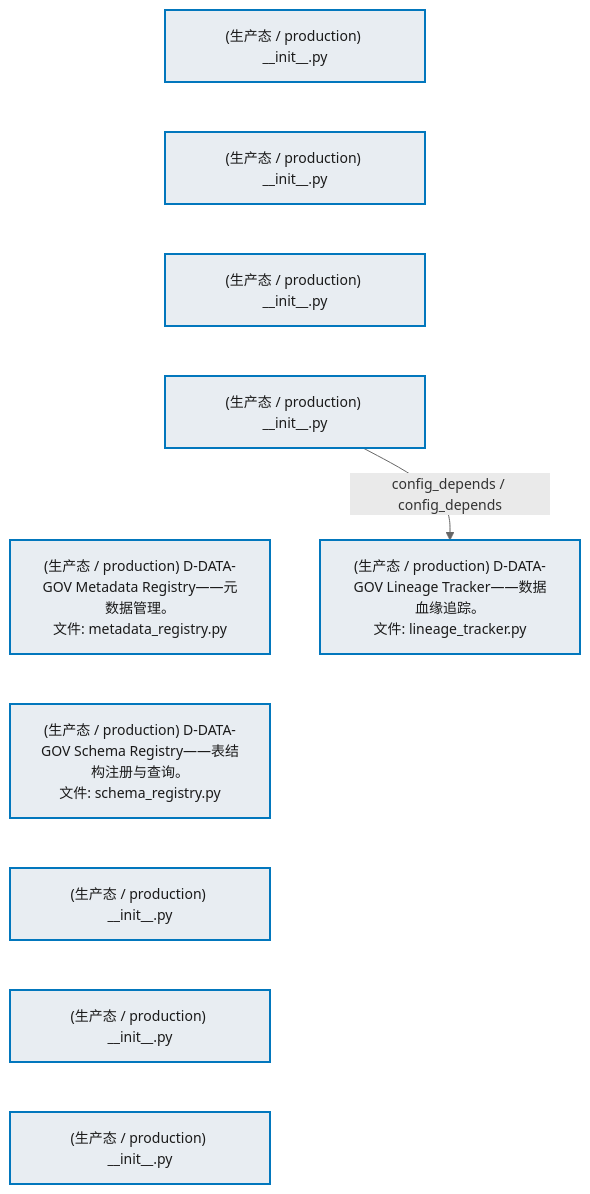
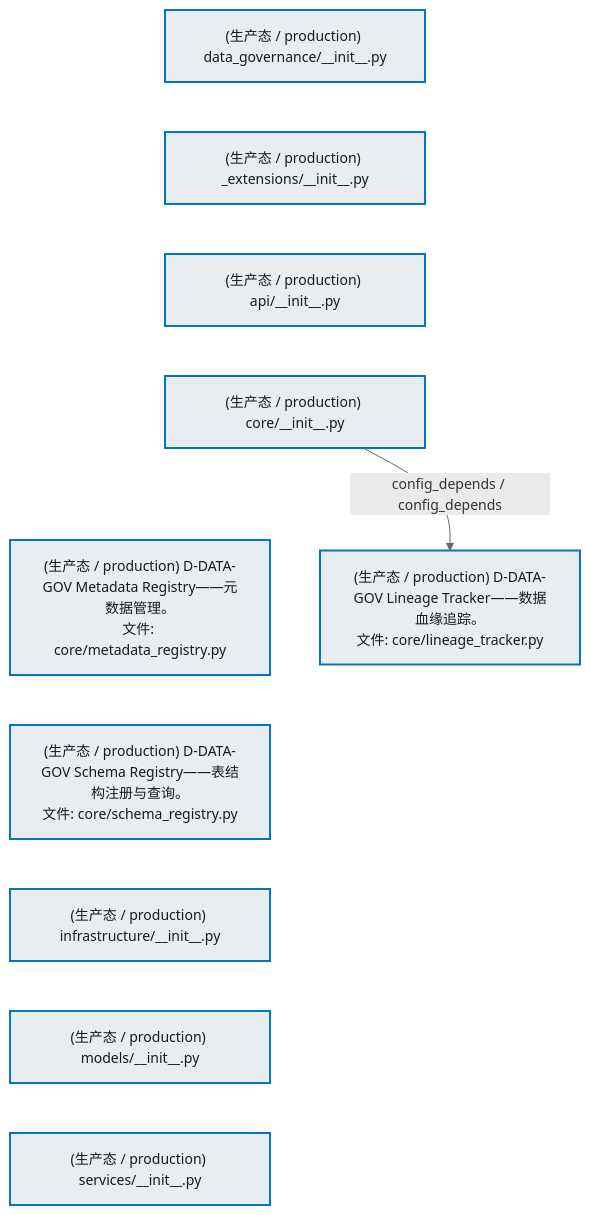
One commit to xuanFelixVan/ZephyrAlpha changed the first of 2 diagrams in docs/02_enterprise_architecture/02_domain_architecture_docs/13_d_data_gov.md. Above: the diagram before and after it, drawn with Mermaid. The commit also changed other lines of this file and 63 other files, not shown here.

````diff
--- a/docs/02_enterprise_architecture/02_domain_architecture_docs/13_d_data_gov.md
+++ b/docs/02_enterprise_architecture/02_domain_architecture_docs/13_d_data_gov.md
@@ -70,28 +70,28 @@
 ```mermaid
 %%{init: {'theme': 'base', 'themeVariables': {'primaryColor': '#eaeaea', 'primaryTextColor': '#333333', 'primaryBorderColor': '#666666', 'lineColor': '#666666', 'secondaryColor': '#eaeaea', 'tertiaryColor': '#eaeaea', 'fontSize': '14px'}}}%%
 flowchart TD
-    src_zephyr_data_governance_init_py["(生产态 / production) __init__.py"]
-    src_zephyr_data_governance_extensions_init_py["(生产态 / production) __init__.py"]
-    src_zephyr_data_governance_api_init_py["(生产态 / production) __init__.py"]
-    src_zephyr_data_governance_core_init_py["(生产态 / production) __init__.py"]
-    src_zephyr_data_governance_core_metadata_registry_py["(生产态 / production) D-DATA-GOV Metadata Registry——元数据管理。<br/>文件: metadata_registry.py"]
-    src_zephyr_data_governance_core_schema_registry_py["(生产态 / production) D-DATA-GOV Schema Registry——表结构注册与查询。<br/>文件: schema_registry.py"]
-    src_zephyr_data_governance_infrastructure_init_py["(生产态 / production) __init__.py"]
-    src_zephyr_data_governance_models_init_py["(生产态 / production) __init__.py"]
-    src_zephyr_data_governance_services_init_py["(生产态 / production) __init__.py"]
+    src_zephyr_data_governance_init_py["(生产态 / production) data_governance/__init__.py"]
+    src_zephyr_data_governance_extensions_init_py["(生产态 / production) _extensions/__init__.py"]
+    src_zephyr_data_governance_api_init_py["(生产态 / production) api/__init__.py"]
+    src_zephyr_data_governance_core_init_py["(生产态 / production) core/__init__.py"]
+    src_zephyr_data_governance_core_metadata_registry_py["(生产态 / production) D-DATA-GOV Metadata Registry——元数据管理。<br/>文件: core/metadata_registry.py"]
+    src_zephyr_data_governance_core_schema_registry_py["(生产态 / production) D-DATA-GOV Schema Registry——表结构注册与查询。<br/>文件: core/schema_registry.py"]
+    src_zephyr_data_governance_infrastructure_init_py["(生产态 / production) infrastructure/__init__.py"]
+    src_zephyr_data_governance_models_init_py["(生产态 / production) models/__init__.py"]
+    src_zephyr_data_governance_services_init_py["(生产态 / production) services/__init__.py"]
     src_zephyr_data_governance_init_py ~~~ src_zephyr_data_governance_extensions_init_py
     src_zephyr_data_governance_extensions_init_py ~~~ src_zephyr_data_governance_api_init_py
     src_zephyr_data_governance_api_init_py ~~~ src_zephyr_data_governance_core_init_py
     src_zephyr_data_governance_core_init_py ~~~ src_zephyr_data_governance_core_metadata_registry_py
     src_zephyr_data_governance_core_metadata_registry_py ~~~ src_zephyr_data_governance_core_schema_registry_py
     src_zephyr_data_governance_core_schema_registry_py ~~~ src_zephyr_data_governance_infrastructure_init_py
     src_zephyr_data_governance_infrastructure_init_py ~~~ src_zephyr_data_governance_models_init_py
     src_zephyr_data_governance_models_init_py ~~~ src_zephyr_data_governance_services_init_py
-    src_zephyr_data_governance_core_lineage_tracker_py["(生产态 / production) D-DATA-GOV Lineage Tracker——数据血缘追踪。<br/>文件: lineage_tracker.py"]
+    src_zephyr_data_governance_core_lineage_tracker_py["(生产态 / production) D-DATA-GOV Lineage Tracker——数据血缘追踪。<br/>文件: core/lineage_tracker.py"]
     src_zephyr_data_governance_core_init_py -->|config_depends / config_depends| src_zephyr_data_governance_core_lineage_tracker_py
     classDef production fill:#e8edf2,stroke:#0277bd,stroke-width:2px,color:#1a1a1a
     classDef design fill:#f0ebe3,stroke:#bf360c,stroke-width:2px,color:#1a1a1a,stroke-dasharray: 5 5
     classDef external_prod fill:#e8efe9,stroke:#1b5e20,stroke-width:1px,color:#1a1a1a
     classDef external_design fill:#efe5ea,stroke:#880e4f,stroke-width:1px,color:#1a1a1a,stroke-dasharray: 5 5
     class src_zephyr_data_governance_init_py,src_zephyr_data_governance_extensions_init_py,src_zephyr_data_governance_api_init_py,src_zephyr_data_governance_core_init_py,src_zephyr_data_governance_core_lineage_tracker_py,src_zephyr_data_governance_core_metadata_registry_py,src_zephyr_data_governance_core_schema_registry_py,src_zephyr_data_governance_infrastructure_init_py,src_zephyr_data_governance_models_init_py,src_zephyr_data_governance_services_init_py production
 ```
````
